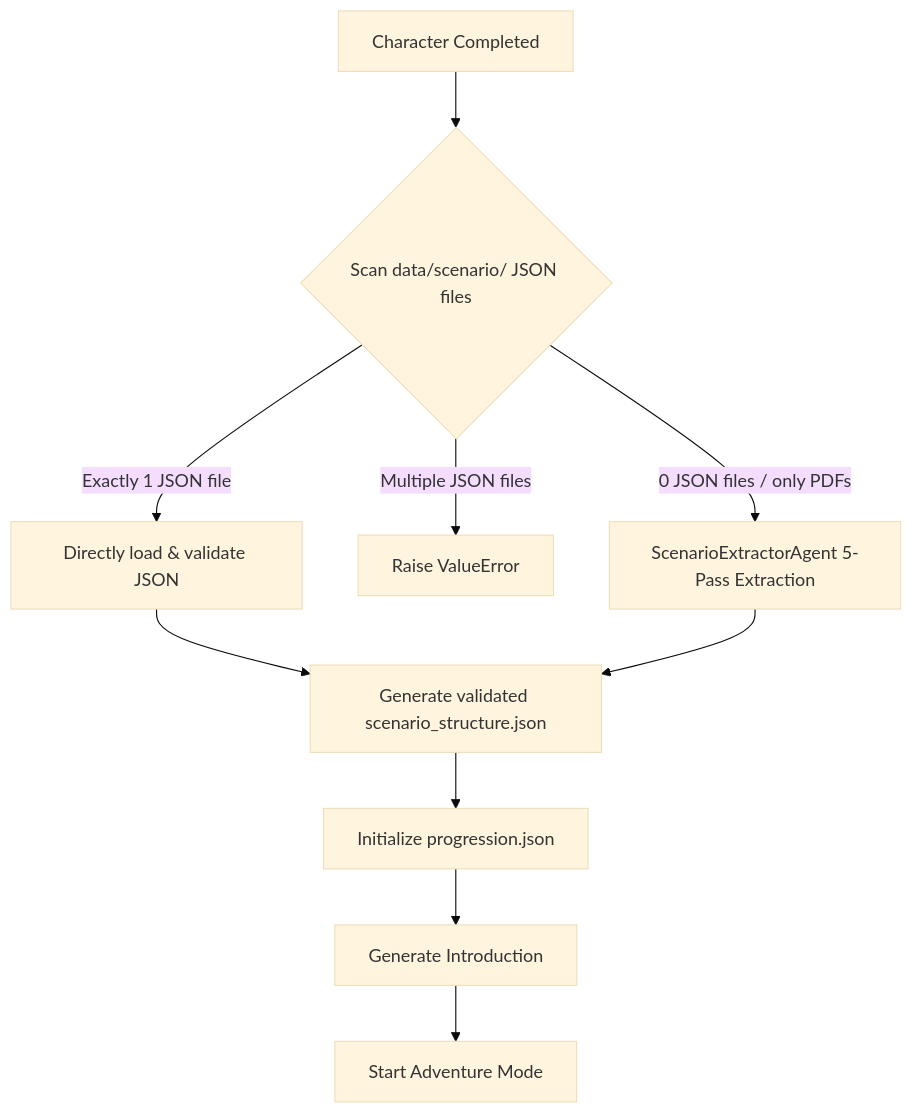
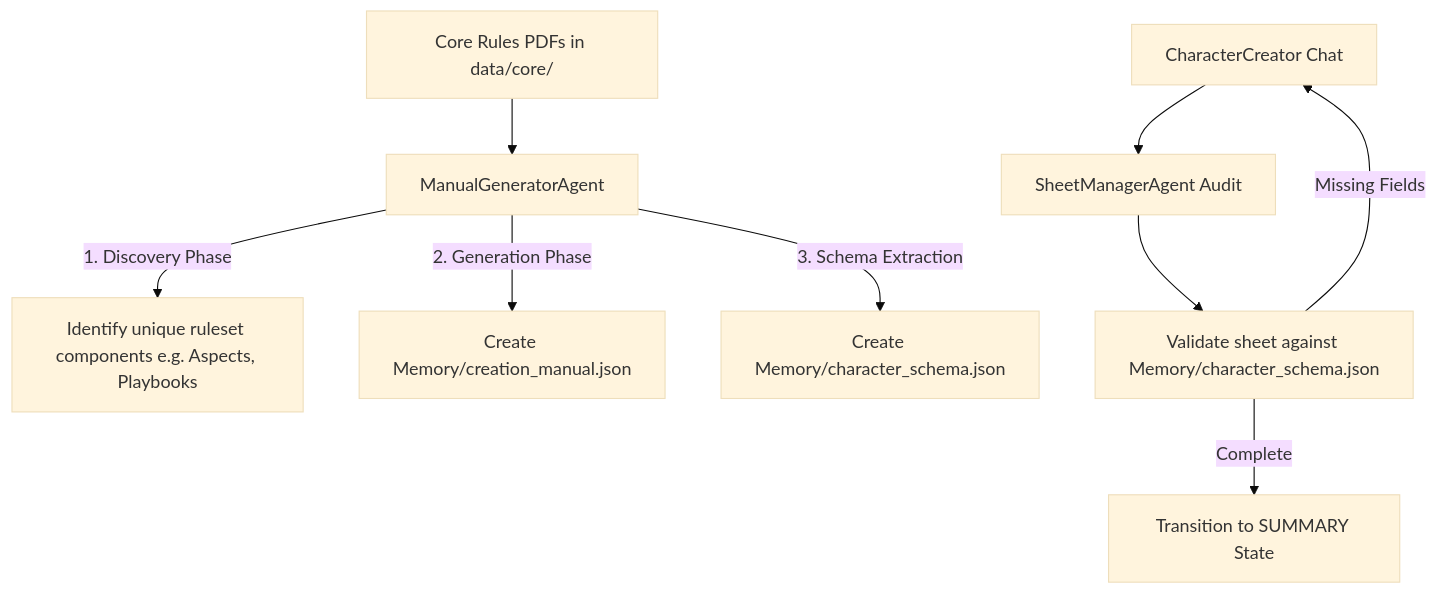
One commit to Papoulos/Oracle changed the first of 2 diagrams in README.md. Above: the diagram before and after it, drawn with Mermaid (base theme). The commit also changed other lines of this file, not shown here.

Commit message:
Update README.md to document the Agnostic Character Creation System and GameStateEngine

````diff
--- a/README.md
+++ b/README.md
@@ -167,12 +67,11 @@
 ```mermaid
 graph TD
-    A[Character Completed] --> B{Scan data/scenario/ JSON files}
-    B -->|Exactly 1 JSON file| C[Directly load & validate JSON]
-    B -->|Multiple JSON files| D[Raise ValueError]
-    B -->|0 JSON files / only PDFs| E[ScenarioExtractorAgent 5-Pass Extraction]
-    C --> F[Generate validated scenario_structure.json]
-    E --> F
-    F --> G[Initialize progression.json]
-    G --> H[Generate Introduction]
-    H --> I[Start Adventure Mode]
+    A[Core Rules PDFs in data/core/] --> B[ManualGeneratorAgent]
+    B -->|1. Discovery Phase| C[Identify unique ruleset components e.g. Aspects, Playbooks]
+    B -->|2. Generation Phase| D[Create Memory/creation_manual.json]
+    B -->|3. Schema Extraction| E[Create Memory/character_schema.json]
+    F[CharacterCreator Chat] --> G[SheetManagerAgent Audit]
+    G --> H[Validate sheet against Memory/character_schema.json]
+    H -->|Complete| I[Transition to SUMMARY State]
+    H -->|Missing Fields| F
 ```
````
